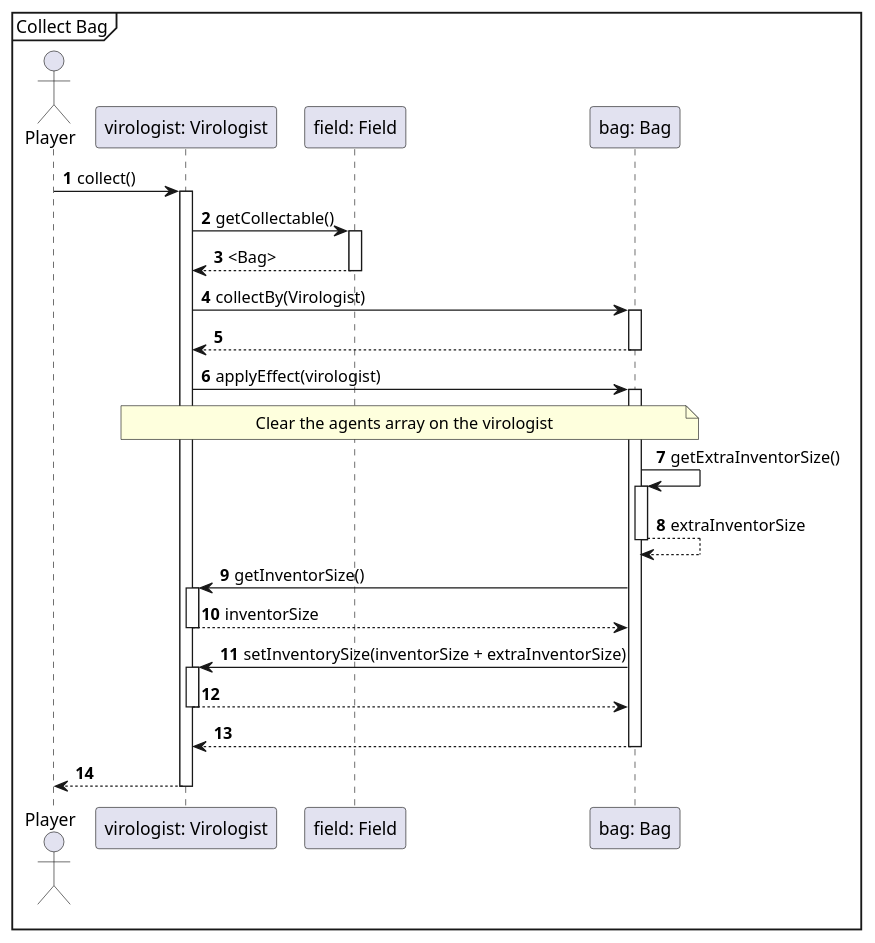
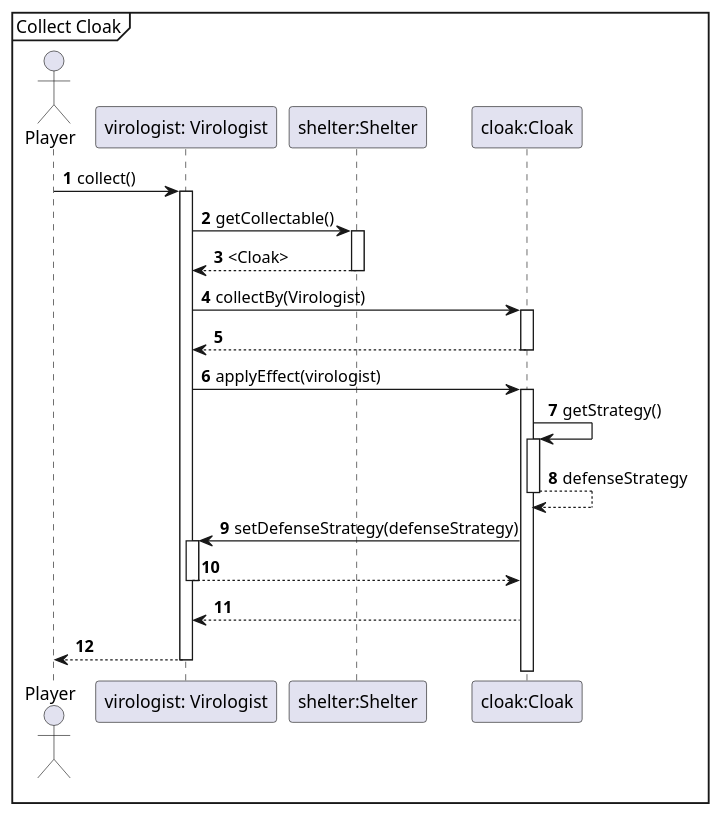
One commit to Projlab-csb/projlab-virologus changed the diagram in Exact Sequence-diagrams/CollectCloak.puml. Above: the diagram before and after it, drawn with PlantUML. The commit also changed 20 other files, not shown here.

Commit message:
Little changes in sequences

```diff
--- a/Exact Sequence-diagrams/CollectCloak.puml
+++ b/Exact Sequence-diagrams/CollectCloak.puml
@@ -1,44 +1,36 @@
 @startuml
 'https://plantuml.com/sequence-diagram
 
 autonumber
 
-mainframe Collect Bag
+mainframe Collect Cloak
 
 actor Player
 
 Player -> "virologist: Virologist": collect()
 Activate "virologist: Virologist"
 
-"virologist: Virologist" -> "field: Field": getCollectable()
-Activate "field: Field"
-"field: Field" --> "virologist: Virologist": <Bag>
-Deactivate "field: Field"
+"virologist: Virologist" -> "shelter:Shelter": getCollectable()
+Activate "shelter:Shelter"
+"shelter:Shelter" --> "virologist: Virologist": <Cloak>
+Deactivate "shelter:Shelter"
 
-"virologist: Virologist" -> "bag: Bag": collectBy(Virologist)
-Activate "bag: Bag"
-"bag: Bag" --> "virologist: Virologist":
-Deactivate "bag: Bag"
+"virologist: Virologist" -> "cloak:Cloak": collectBy(Virologist)
+Activate "cloak:Cloak"
+"cloak:Cloak" --> "virologist: Virologist":
+Deactivate "cloak:Cloak"
 
-"virologist: Virologist" -> "bag: Bag"++ : applyEffect(virologist)
+"virologist: Virologist" -> "cloak:Cloak"++ : applyEffect(virologist)
 
-note over "virologist: Virologist","bag: Bag"
-Clear the agents array on the virologist
-end note
-'Itt miért kéri le magától a méretét?
-"bag: Bag" -> "bag: Bag"++ : getExtraInventorSize()
-"bag: Bag" --> "bag: Bag"-- : extraInventorSize
+ "cloak:Cloak" -> "cloak:Cloak"++ : getStrategy()
+ "cloak:Cloak" --> "cloak:Cloak"-- : defenseStrategy
 
-"bag: Bag" -> "virologist: Virologist"++ : getInventorSize()
-"virologist: Virologist" --> "bag: Bag"-- : inventorSize
+ "cloak:Cloak" -> "virologist: Virologist"++: setDefenseStrategy(defenseStrategy)
+"virologist: Virologist" --> "cloak:Cloak"--
 
-"bag: Bag" -> "virologist: Virologist"++ : setInventorySize(inventorSize + extraInventorSize)
-"virologist: Virologist" --> "bag: Bag"--
-
-"bag: Bag" --> "virologist: Virologist"--
-
+ "cloak:Cloak" --> "virologist: Virologist"
 
 "virologist: Virologist" --> Player
 Deactivate "virologist: Virologist"
 
 @enduml
```
